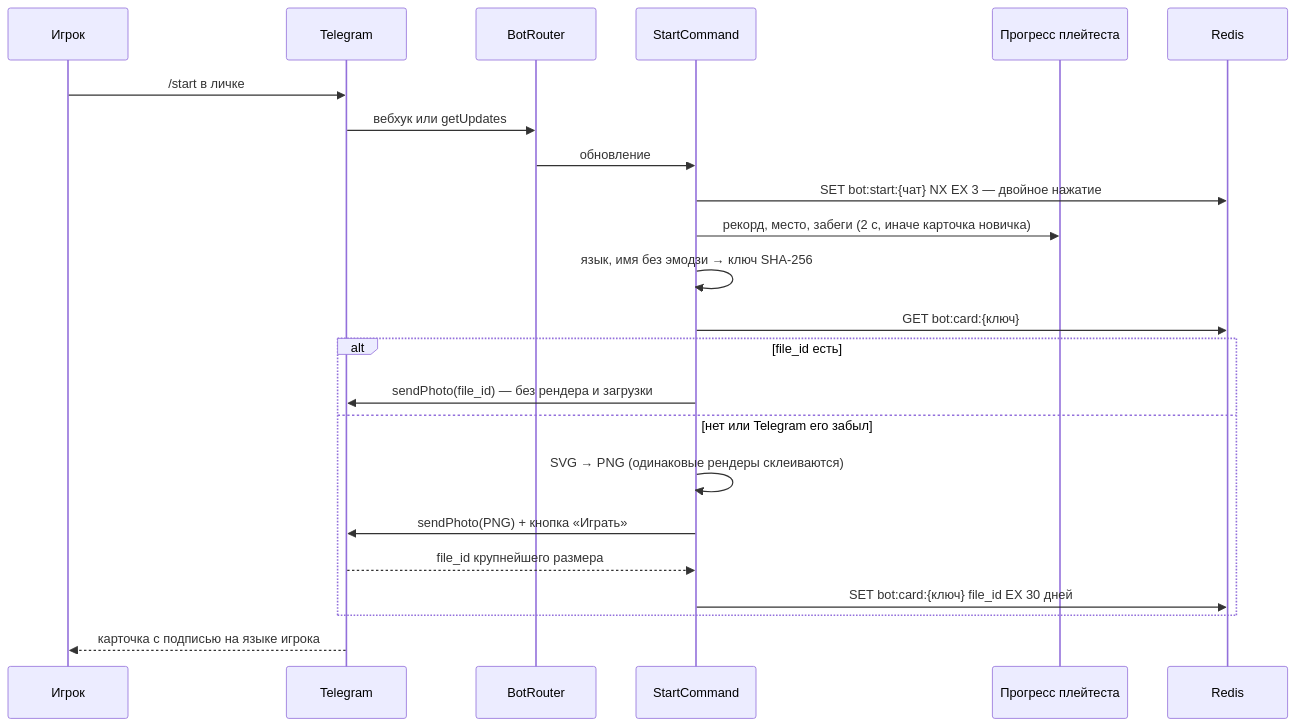
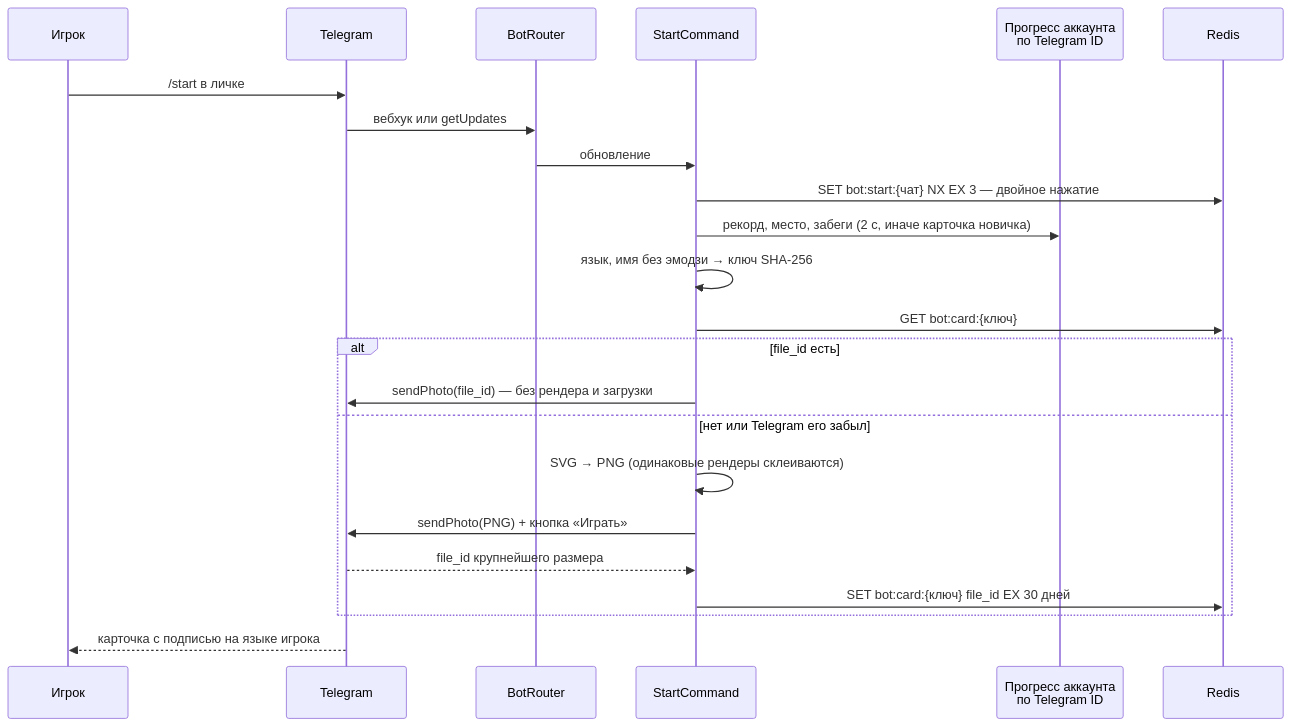
One commit to JJSGxKD/rubezh changed diagram 20 of 21 in docs/21-diagrams.md. Above: the diagram before and after it, drawn with Mermaid. The commit also changed other lines of this file and 4 other files, not shown here.

First line of the commit message:
docs: Описать приём забегов под аккаунтом на схемах и в плане

````diff
--- a/docs/21-diagrams.md
+++ b/docs/21-diagrams.md
@@ -1206,26 +1192,26 @@
 ```mermaid
 sequenceDiagram
     participant U as Игрок
     participant TG as Telegram
     participant B as BotRouter
     participant S as StartCommand
-    participant P as Прогресс плейтеста
+    participant P as Прогресс аккаунта<br/>по Telegram ID
     participant R as Redis
 
     U->>TG: /start в личке
     TG->>B: вебхук или getUpdates
     B->>S: обновление
     S->>R: SET bot:start:{чат} NX EX 3 — двойное нажатие
     S->>P: рекорд, место, забеги (2 с, иначе карточка новичка)
     S->>S: язык, имя без эмодзи → ключ SHA-256
     S->>R: GET bot:card:{ключ}
     alt file_id есть
         S->>TG: sendPhoto(file_id) — без рендера и загрузки
     else нет или Telegram его забыл
         S->>S: SVG → PNG (одинаковые рендеры склеиваются)
         S->>TG: sendPhoto(PNG) + кнопка «Играть»
         TG-->>S: file_id крупнейшего размера
         S->>R: SET bot:card:{ключ} file_id EX 30 дней
     end
     TG-->>U: карточка с подписью на языке игрока
 ```
````
